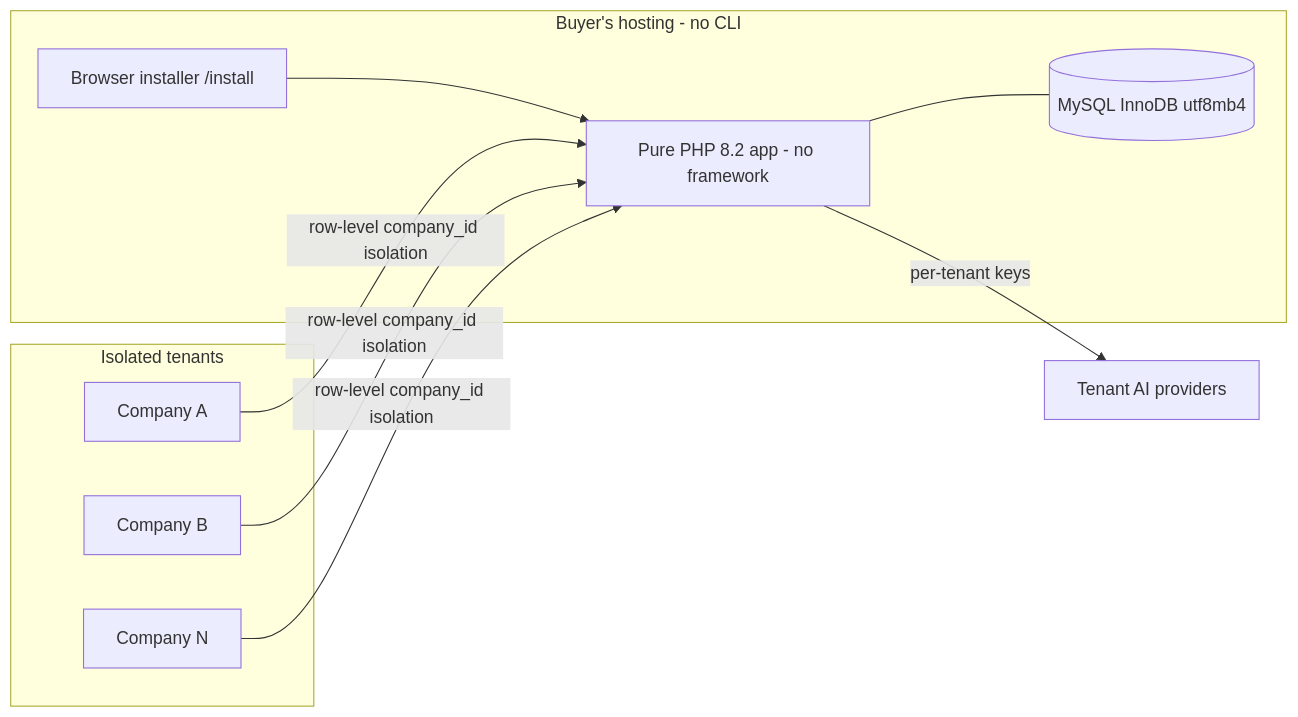
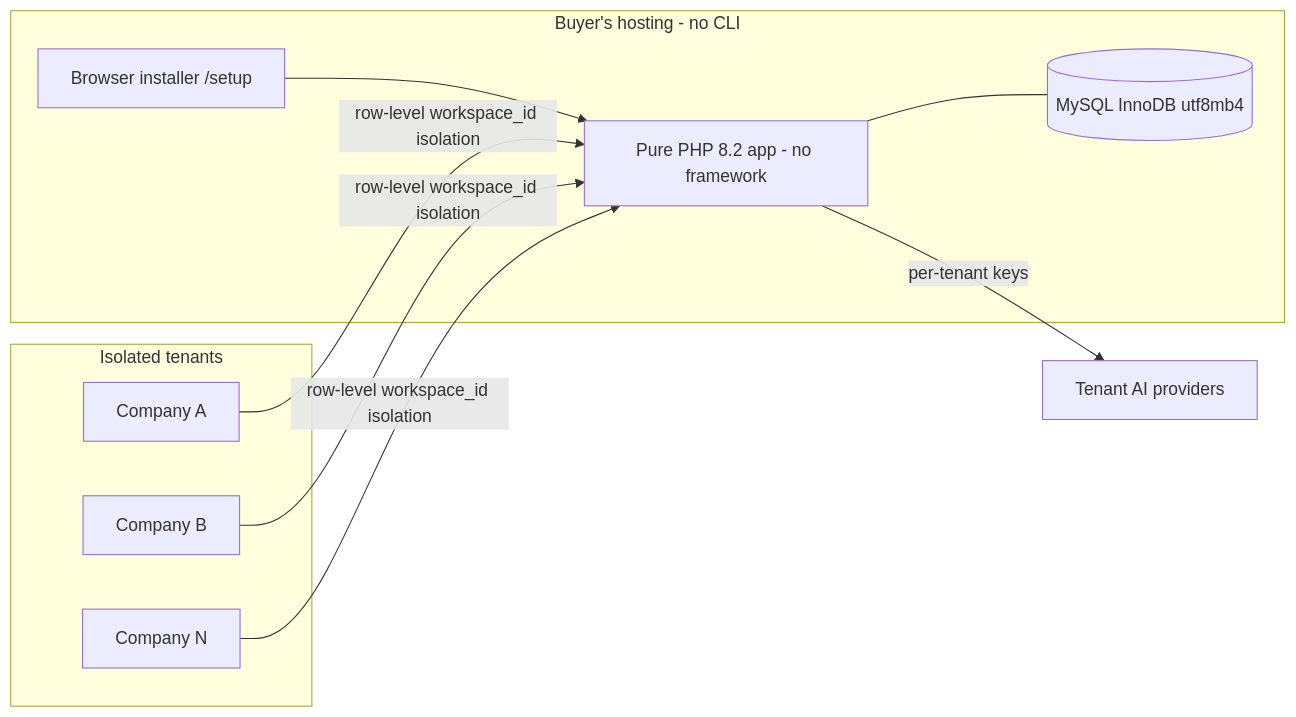
One commit to ammarnabileg/crm changed the first of 3 diagrams in docs/01-Project-Vision.md. Above: the diagram before and after it, drawn with Mermaid. The commit also changed other lines of this file and 47 other files, not shown here.

````diff
--- a/docs/01-Project-Vision.md
+++ b/docs/01-Project-Vision.md
@@ -31,17 +31,17 @@
 ```mermaid
 flowchart LR
     subgraph Buyer[Buyer's hosting - no CLI]
-        I[Browser installer /install]
+        I[Browser installer /setup]
         APP[Pure PHP 8.2 app - no framework]
         DB[(MySQL InnoDB utf8mb4)]
     end
     subgraph Tenants[Isolated tenants]
         T1[Company A]
         T2[Company B]
         Tn[Company N]
     end
     APP --- DB
     I --> APP
-    T1 & T2 & Tn -->|row-level company_id isolation| APP
+    T1 & T2 & Tn -->|row-level workspace_id isolation| APP
     APP -->|per-tenant keys| AI[Tenant AI providers]
 ```
````
